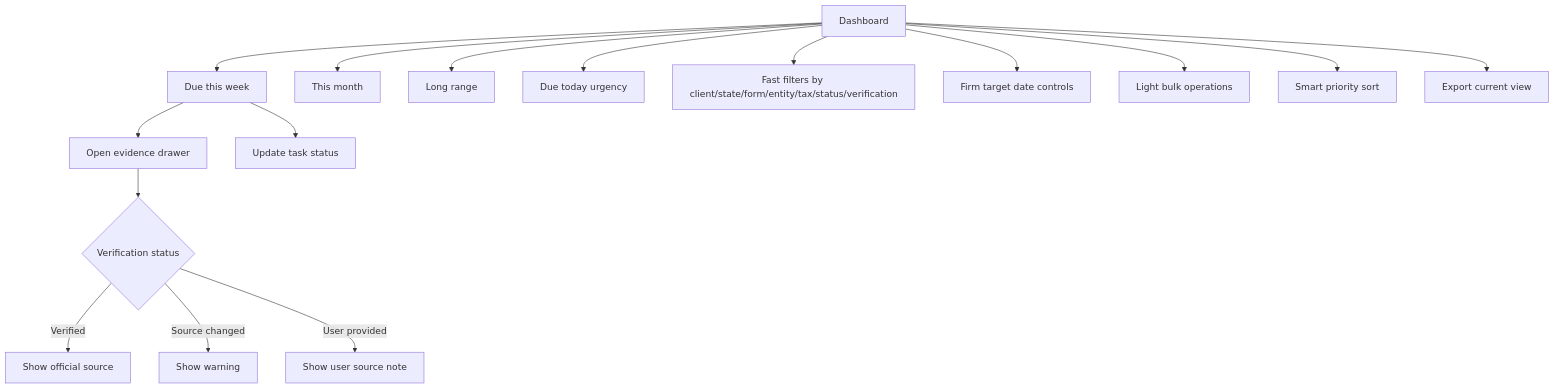
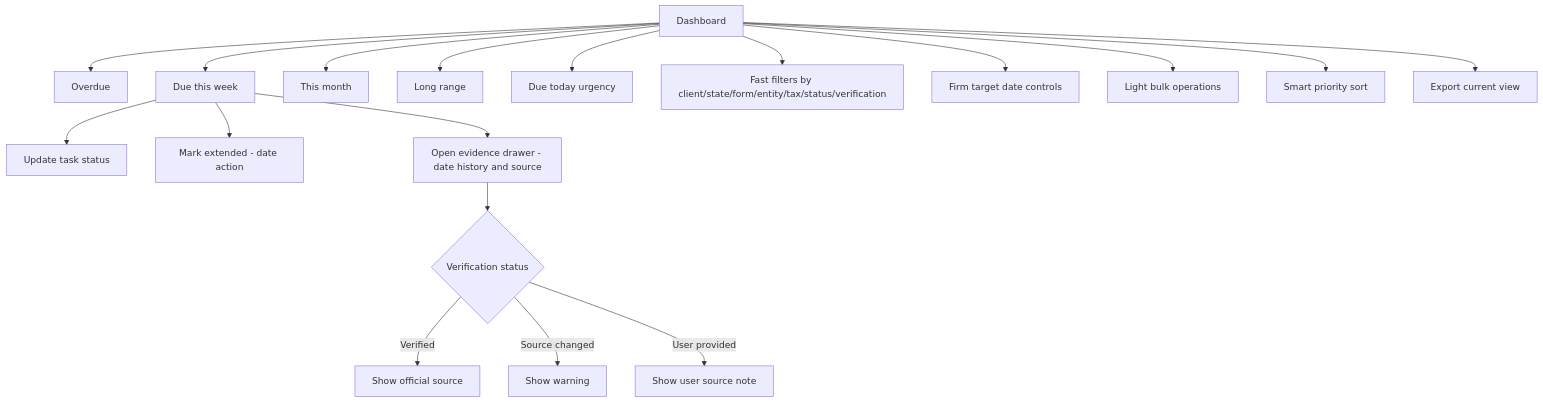
One commit to Yessenia-d/DueDateHQ changed the diagram in specs/monday-triage-dashboard.md. Above: the diagram before and after it, drawn with Mermaid. The commit also changed other lines of this file and 16 other files, not shown here.

````diff
--- a/specs/monday-triage-dashboard.md
+++ b/specs/monday-triage-dashboard.md
@@ -21,18 +22,20 @@
 ```mermaid
 flowchart TD
-  A[Dashboard] --> B[Due this week]
+  A[Dashboard] --> AA[Overdue]
+  A --> B[Due this week]
   A --> C[This month]
   A --> D[Long range]
   A --> L[Due today urgency]
-  B --> E[Open evidence drawer]
   B --> F[Update task status]
+  B --> EX[Mark extended - date action]
+  B --> E[Open evidence drawer - date history and source]
   A --> G[Fast filters by client/state/form/entity/tax/status/verification]
   A --> O[Firm target date controls]
   A --> P[Light bulk operations]
   A --> N[Smart priority sort]
   E --> H{Verification status}
   H -- Verified --> I[Show official source]
   H -- Source changed --> J[Show warning]
   H -- User provided --> K[Show user source note]
   A --> M[Export current view]
 ```
````
